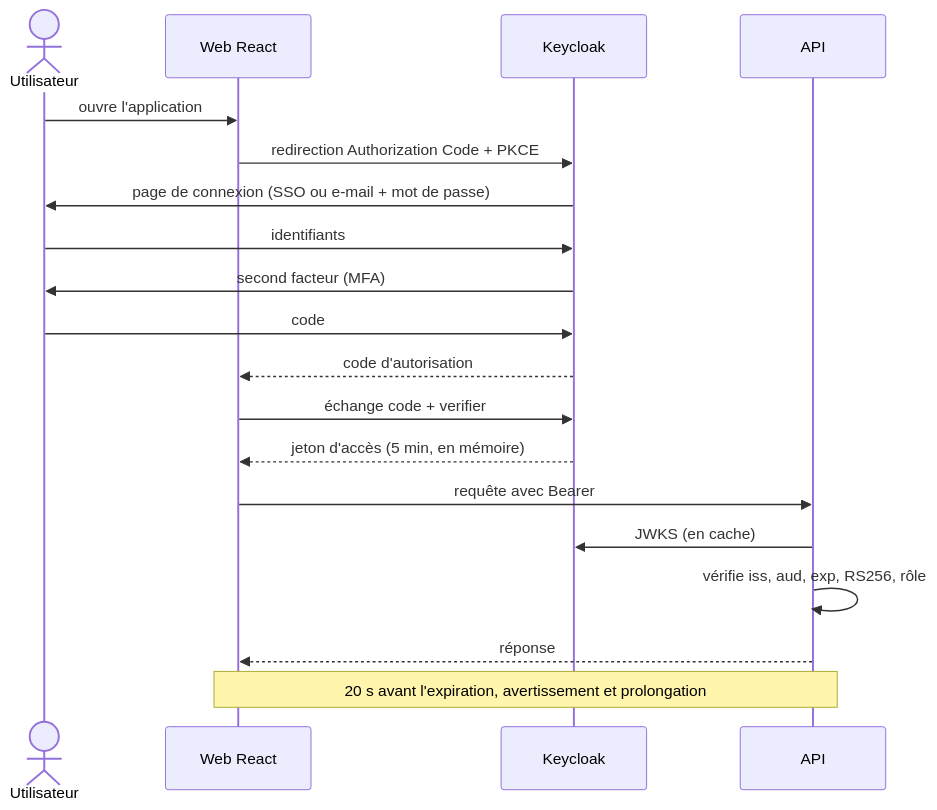
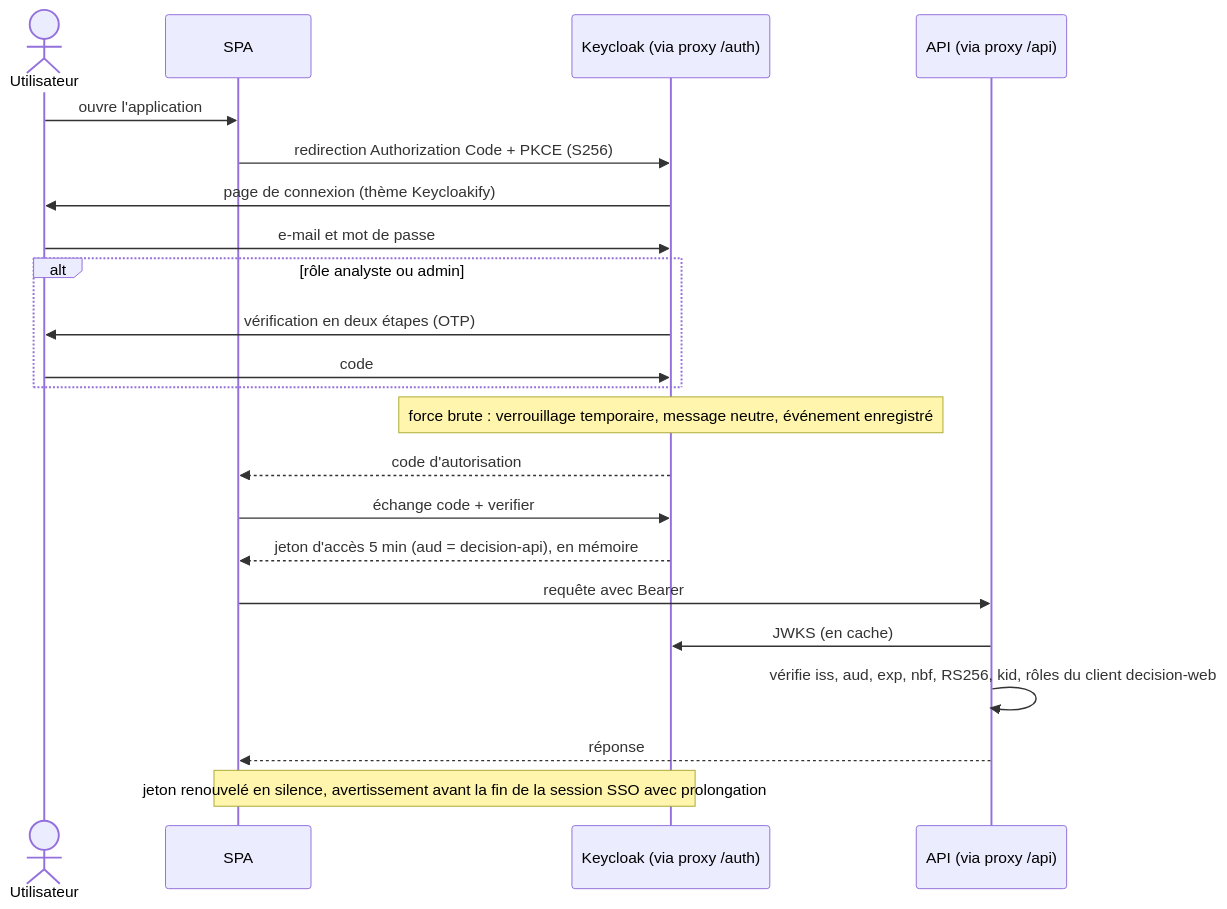
One commit to justefrank/decision-agent-IA changed the diagram in docs/diagrams/06-sequence-authentification.mmd. Above: the diagram before and after it, drawn with Mermaid. The commit also changed 47 other files, not shown here.

First line of the commit message:
docs: passage en v5 (MVP, query_metric, citation par référence, évaluation sur le test seul, intégration Claude) et diagrammes re-rendus

```diff
--- a/docs/diagrams/06-sequence-authentification.mmd
+++ b/docs/diagrams/06-sequence-authentification.mmd
@@ -1,19 +1,22 @@
 sequenceDiagram
   actor U as Utilisateur
-  participant W as Web React
-  participant K as Keycloak
-  participant A as API
+  participant W as SPA
+  participant K as Keycloak (via proxy /auth)
+  participant A as API (via proxy /api)
   U->>W: ouvre l'application
-  W->>K: redirection Authorization Code + PKCE
-  K->>U: page de connexion (SSO ou e-mail + mot de passe)
-  U->>K: identifiants
-  K->>U: second facteur (MFA)
-  U->>K: code
+  W->>K: redirection Authorization Code + PKCE (S256)
+  K->>U: page de connexion (thème Keycloakify)
+  U->>K: e-mail et mot de passe
+  alt rôle analyste ou admin
+    K->>U: vérification en deux étapes (OTP)
+    U->>K: code
+  end
+  Note over K: force brute : verrouillage temporaire, message neutre, événement enregistré
   K-->>W: code d'autorisation
   W->>K: échange code + verifier
-  K-->>W: jeton d'accès (5 min, en mémoire)
+  K-->>W: jeton d'accès 5 min (aud = decision-api), en mémoire
   W->>A: requête avec Bearer
   A->>K: JWKS (en cache)
-  A->>A: vérifie iss, aud, exp, RS256, rôle
+  A->>A: vérifie iss, aud, exp, nbf, RS256, kid, rôles du client decision-web
   A-->>W: réponse
-  Note over W,A: 20 s avant l'expiration, avertissement et prolongation
+  Note over W,K: jeton renouvelé en silence, avertissement avant la fin de la session SSO avec prolongation
```
